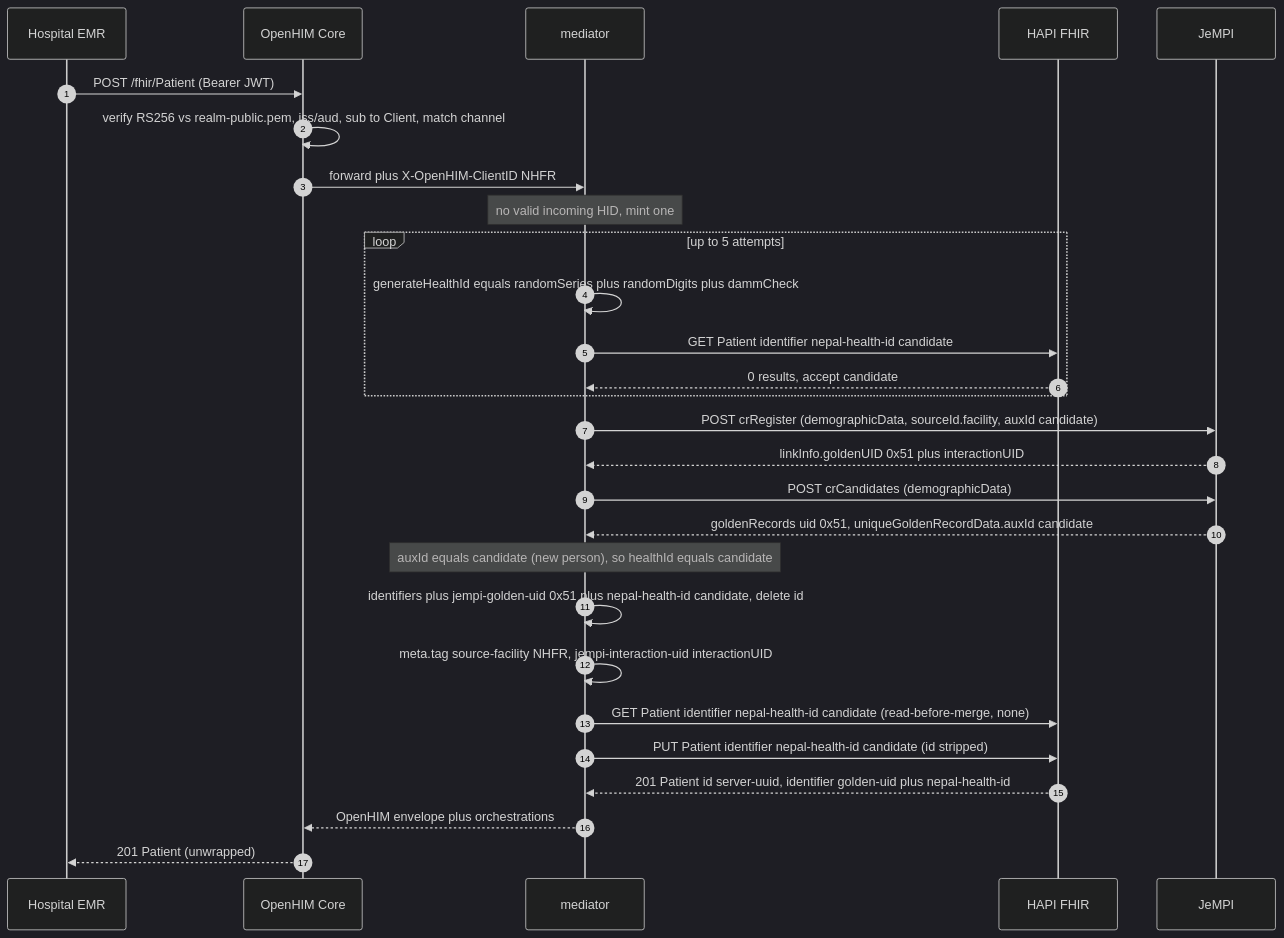
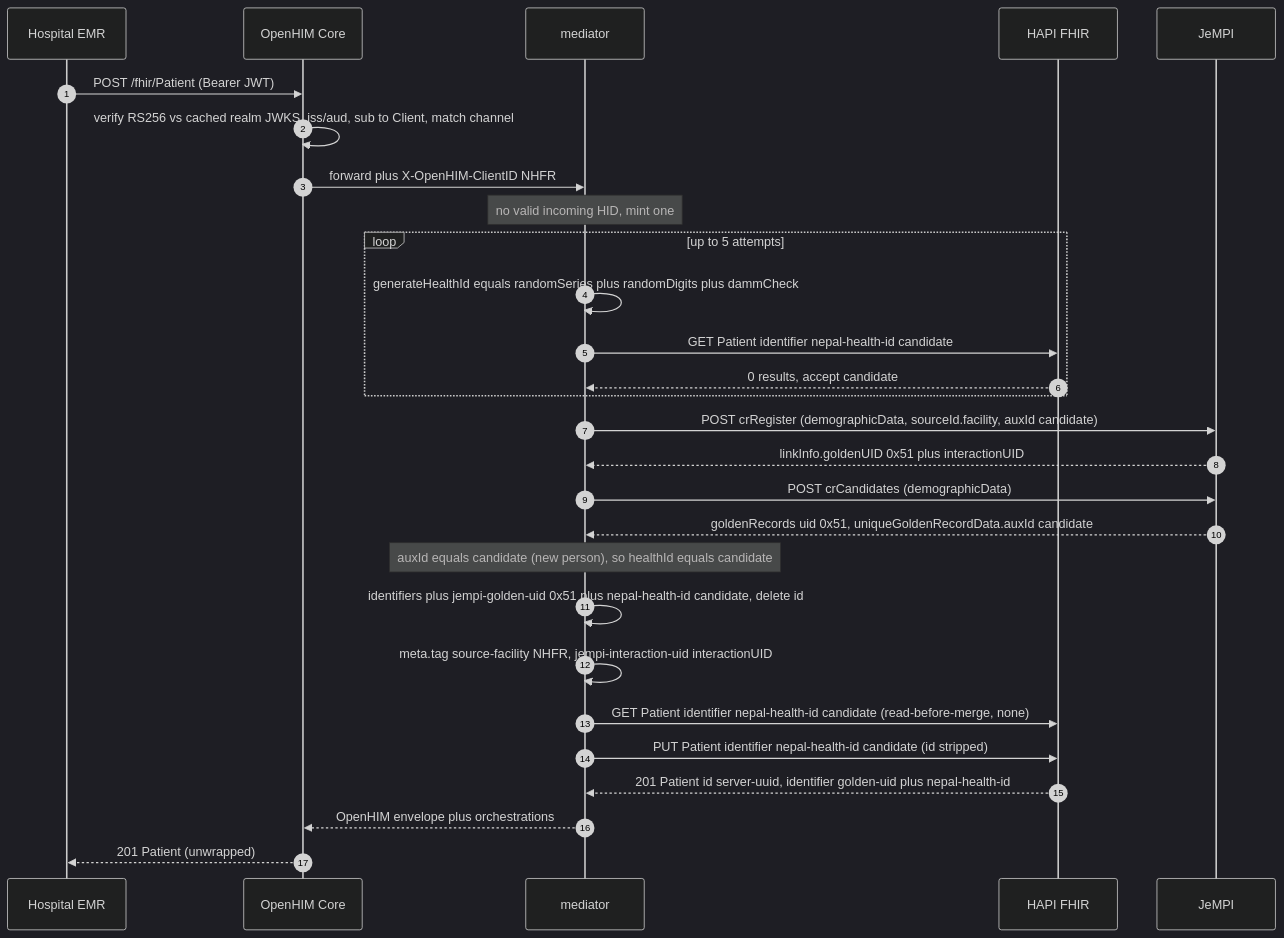
One commit to ETech-Nepal/openhim changed the second of 6 diagrams in HID-GENERATION-FLOW.md. Above: the diagram before and after it, drawn with Mermaid (dark theme). The commit also changed other lines of this file and 207 other files, not shown here.

````diff
--- a/HID-GENERATION-FLOW.md
+++ b/HID-GENERATION-FLOW.md
@@ -95,31 +95,31 @@
 ```mermaid
 sequenceDiagram
  autonumber
  participant EMR as Hospital EMR
  participant HIM as OpenHIM Core
  participant MED as mediator
  participant HAPI as HAPI FHIR
  participant JEMPI as JeMPI
 
  EMR->>HIM: POST /fhir/Patient (Bearer JWT)
- HIM->>HIM: verify RS256 vs realm-public.pem, iss/aud, sub to Client, match channel
+ HIM->>HIM: verify RS256 vs cached realm JWKS, iss/aud, sub to Client, match channel
  HIM->>MED: forward plus X-OpenHIM-ClientID NHFR
  Note over MED: no valid incoming HID, mint one
  loop up to 5 attempts
  MED->>MED: generateHealthId equals randomSeries plus randomDigits plus dammCheck
  MED->>HAPI: GET Patient identifier nepal-health-id candidate
  HAPI-->>MED: 0 results, accept candidate
  end
  MED->>JEMPI: POST crRegister (demographicData, sourceId.facility, auxId candidate)
  JEMPI-->>MED: linkInfo.goldenUID 0x51 plus interactionUID
  MED->>JEMPI: POST crCandidates (demographicData)
  JEMPI-->>MED: goldenRecords uid 0x51, uniqueGoldenRecordData.auxId candidate
  Note over MED: auxId equals candidate (new person), so healthId equals candidate
  MED->>MED: identifiers plus jempi-golden-uid 0x51 plus nepal-health-id candidate, delete id
  MED->>MED: meta.tag source-facility NHFR, jempi-interaction-uid interactionUID
  MED->>HAPI: GET Patient identifier nepal-health-id candidate (read-before-merge, none)
  MED->>HAPI: PUT Patient identifier nepal-health-id candidate (id stripped)
  HAPI-->>MED: 201 Patient id server-uuid, identifier golden-uid plus nepal-health-id
  MED-->>HIM: OpenHIM envelope plus orchestrations
  HIM-->>EMR: 201 Patient (unwrapped)
 ```
````
